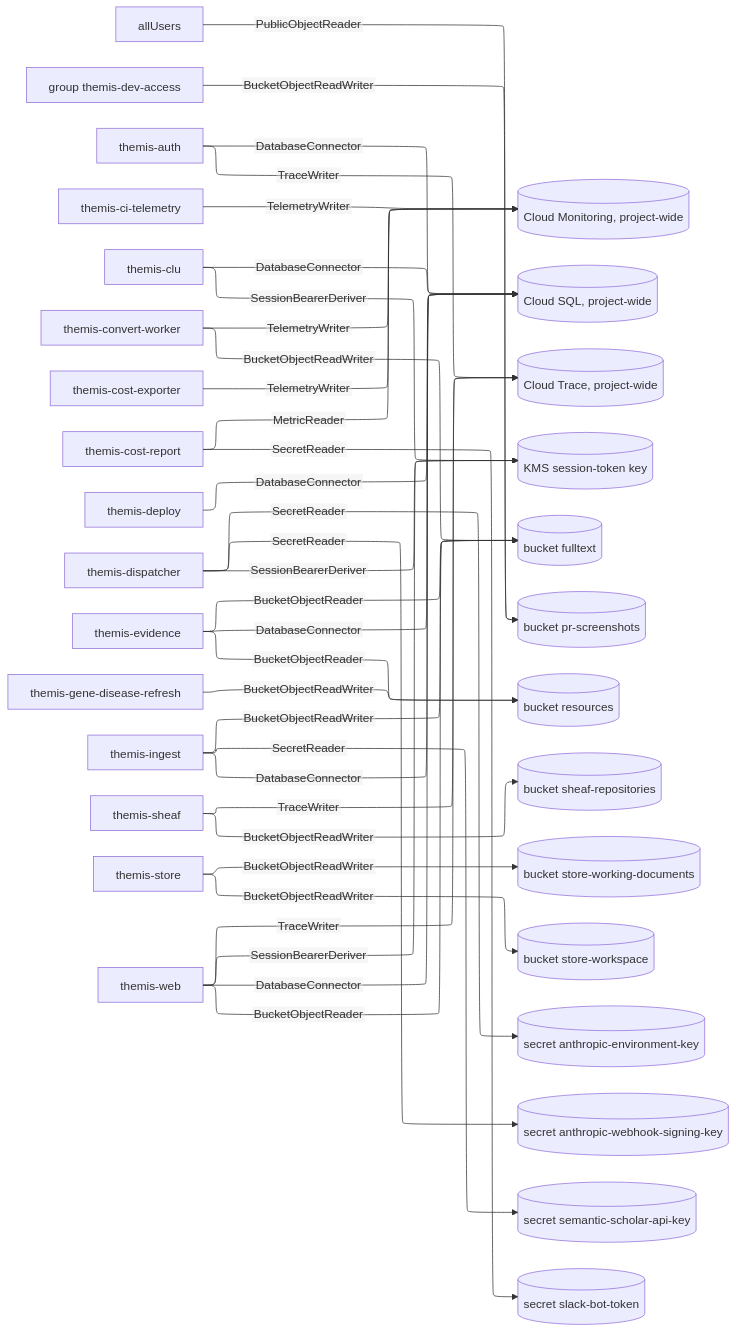
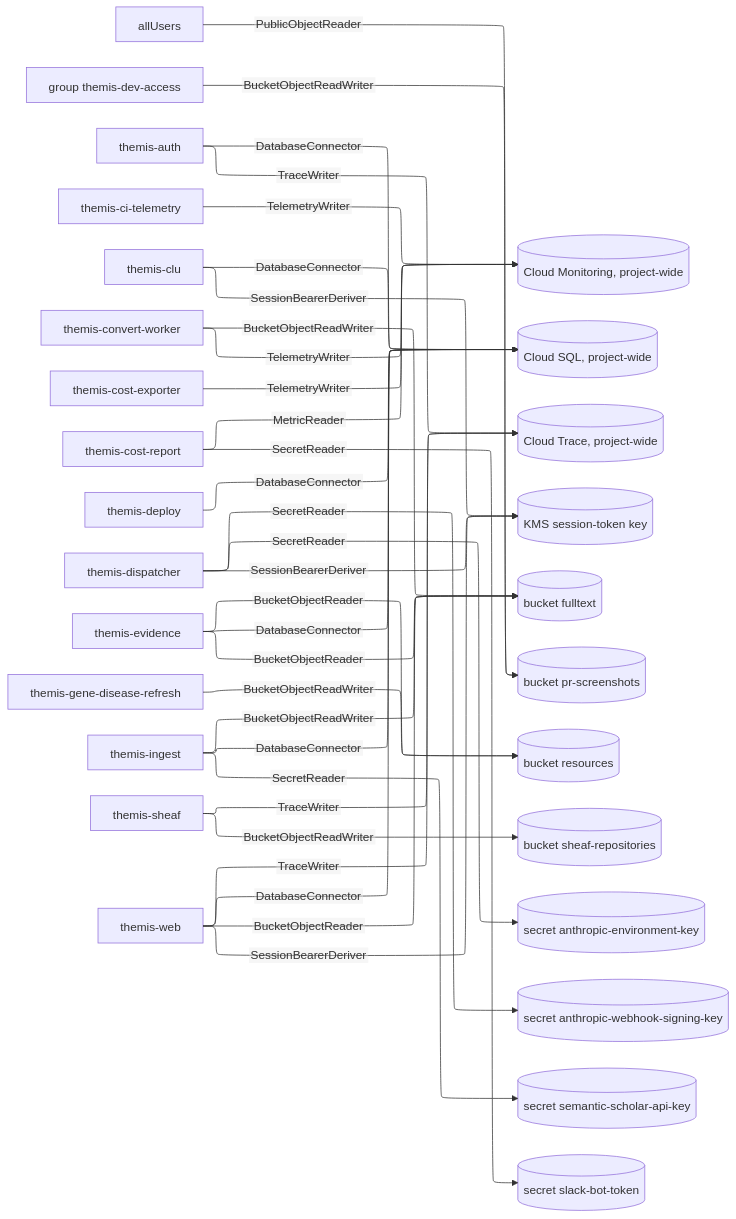
The diagram in docs/design/grants/data.mmd (populationgenomics/themis), drawn with Mermaid before and after one commit. The commit also changed 77 other files, not shown here.

```diff
--- a/docs/design/grants/data.mmd
+++ b/docs/design/grants/data.mmd
@@ -1,63 +1,58 @@
 %%{init: {"layout": "elk", "elk": {"mergeEdges": true, "nodePlacementStrategy": "NETWORK_SIMPLEX"}, "htmlLabels": false, "flowchart": {"htmlLabels": false, "wrappingWidth": 320}}}%%
 flowchart LR
     n0["allUsers"]
     n1["group themis-dev-access"]
     n2["themis-auth"]
     n3["themis-ci-telemetry"]
     n4["themis-clu"]
     n5["themis-convert-worker"]
     n6["themis-cost-exporter"]
     n7["themis-cost-report"]
     n8["themis-deploy"]
     n9["themis-dispatcher"]
     n10["themis-evidence"]
     n11["themis-gene-disease-refresh"]
     n12["themis-ingest"]
     n13["themis-sheaf"]
-    n14["themis-store"]
-    n15["themis-web"]
-    n16[("Cloud Monitoring, project-wide")]
-    n17[("Cloud SQL, project-wide")]
-    n18[("Cloud Trace, project-wide")]
-    n19[("KMS session-token key")]
-    n20[("bucket fulltext")]
-    n21[("bucket pr-screenshots")]
-    n22[("bucket resources")]
-    n23[("bucket sheaf-repositories")]
-    n24[("bucket store-working-documents")]
-    n25[("bucket store-workspace")]
-    n26[("secret anthropic-environment-key")]
-    n27[("secret anthropic-webhook-signing-key")]
-    n28[("secret semantic-scholar-api-key")]
-    n29[("secret slack-bot-token")]
-    n0 -->|PublicObjectReader| n21
-    n1 -->|BucketObjectReadWriter| n21
-    n2 -->|DatabaseConnector| n17
-    n2 -->|TraceWriter| n18
-    n3 -->|TelemetryWriter| n16
-    n4 -->|DatabaseConnector| n17
-    n4 -->|SessionBearerDeriver| n19
-    n5 -->|BucketObjectReadWriter| n20
-    n5 -->|TelemetryWriter| n16
-    n6 -->|TelemetryWriter| n16
-    n7 -->|MetricReader| n16
-    n7 -->|SecretReader| n29
-    n8 -->|DatabaseConnector| n17
-    n9 -->|SecretReader| n26
-    n9 -->|SecretReader| n27
-    n9 -->|SessionBearerDeriver| n19
-    n10 -->|BucketObjectReader| n20
-    n10 -->|BucketObjectReader| n22
-    n10 -->|DatabaseConnector| n17
-    n11 -->|BucketObjectReadWriter| n22
-    n12 -->|BucketObjectReadWriter| n20
-    n12 -->|DatabaseConnector| n17
-    n12 -->|SecretReader| n28
-    n13 -->|BucketObjectReadWriter| n23
-    n13 -->|TraceWriter| n18
-    n14 -->|BucketObjectReadWriter| n24
-    n14 -->|BucketObjectReadWriter| n25
-    n15 -->|BucketObjectReader| n20
-    n15 -->|DatabaseConnector| n17
-    n15 -->|SessionBearerDeriver| n19
-    n15 -->|TraceWriter| n18
+    n14["themis-web"]
+    n15[("Cloud Monitoring, project-wide")]
+    n16[("Cloud SQL, project-wide")]
+    n17[("Cloud Trace, project-wide")]
+    n18[("KMS session-token key")]
+    n19[("bucket fulltext")]
+    n20[("bucket pr-screenshots")]
+    n21[("bucket resources")]
+    n22[("bucket sheaf-repositories")]
+    n23[("secret anthropic-environment-key")]
+    n24[("secret anthropic-webhook-signing-key")]
+    n25[("secret semantic-scholar-api-key")]
+    n26[("secret slack-bot-token")]
+    n0 -->|PublicObjectReader| n20
+    n1 -->|BucketObjectReadWriter| n20
+    n2 -->|DatabaseConnector| n16
+    n2 -->|TraceWriter| n17
+    n3 -->|TelemetryWriter| n15
+    n4 -->|DatabaseConnector| n16
+    n4 -->|SessionBearerDeriver| n18
+    n5 -->|BucketObjectReadWriter| n19
+    n5 -->|TelemetryWriter| n15
+    n6 -->|TelemetryWriter| n15
+    n7 -->|MetricReader| n15
+    n7 -->|SecretReader| n26
+    n8 -->|DatabaseConnector| n16
+    n9 -->|SecretReader| n23
+    n9 -->|SecretReader| n24
+    n9 -->|SessionBearerDeriver| n18
+    n10 -->|BucketObjectReader| n19
+    n10 -->|BucketObjectReader| n21
+    n10 -->|DatabaseConnector| n16
+    n11 -->|BucketObjectReadWriter| n21
+    n12 -->|BucketObjectReadWriter| n19
+    n12 -->|DatabaseConnector| n16
+    n12 -->|SecretReader| n25
+    n13 -->|BucketObjectReadWriter| n22
+    n13 -->|TraceWriter| n17
+    n14 -->|BucketObjectReader| n19
+    n14 -->|DatabaseConnector| n16
+    n14 -->|SessionBearerDeriver| n18
+    n14 -->|TraceWriter| n17
```
